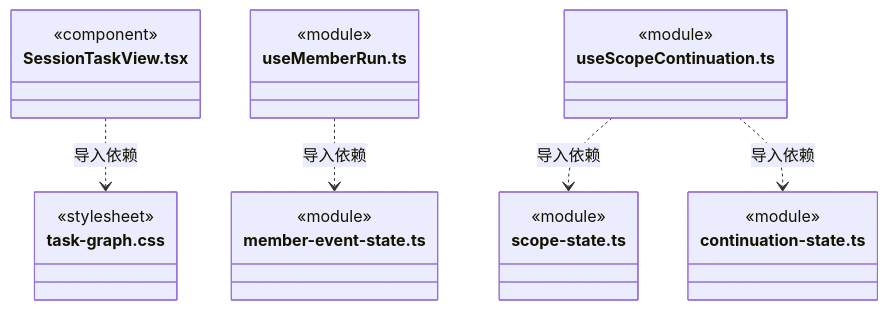
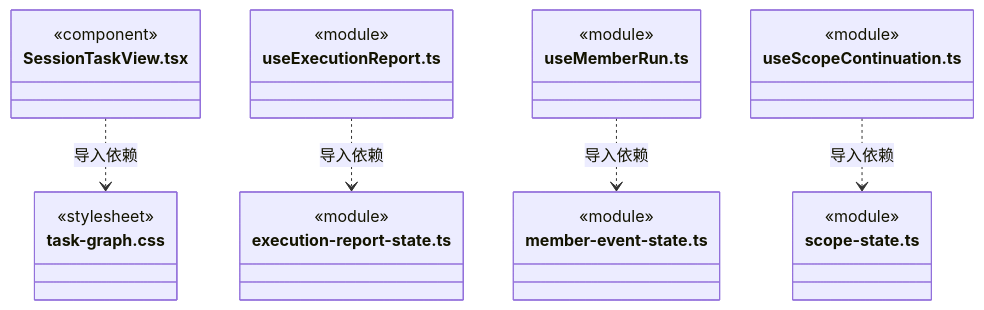
Before and after one commit to nan023062/cbim: diagram 43 of 45 in src/frontend/tasks/ARCHITECTURE.md, drawn with Mermaid. The commit also changed other lines of this file and 55 other files, not shown here.

````diff
--- a/src/frontend/tasks/ARCHITECTURE.md
+++ b/src/frontend/tasks/ARCHITECTURE.md
@@ -736,28 +867,31 @@
 ```mermaid
 classDiagram
 class N_src_frontend_tasks_SessionTaskView_tsx["SessionTaskView.tsx"] {
   <<component>>
 }
 class N_src_frontend_tasks_task_graph_css["task-graph.css"] {
   <<stylesheet>>
+}
+class N_src_frontend_tasks_useExecutionReport_ts["useExecutionReport.ts"] {
+  <<module>>
+}
+class N_src_frontend_tasks_execution_report_state_ts["execution-report-state.ts"] {
+  <<module>>
 }
 class N_src_frontend_tasks_useMemberRun_ts["useMemberRun.ts"] {
   <<module>>
 }
 class N_src_frontend_tasks_member_event_state_ts["member-event-state.ts"] {
   <<module>>
 }
 class N_src_frontend_tasks_useScopeContinuation_ts["useScopeContinuation.ts"] {
   <<module>>
 }
 class N_src_frontend_tasks_scope_state_ts["scope-state.ts"] {
   <<module>>
 }
-class N_src_frontend_tasks_continuation_state_ts["continuation-state.ts"] {
-  <<module>>
-}
 N_src_frontend_tasks_SessionTaskView_tsx ..> N_src_frontend_tasks_task_graph_css : 导入依赖
+N_src_frontend_tasks_useExecutionReport_ts ..> N_src_frontend_tasks_execution_report_state_ts : 导入依赖
 N_src_frontend_tasks_useMemberRun_ts ..> N_src_frontend_tasks_member_event_state_ts : 导入依赖
 N_src_frontend_tasks_useScopeContinuation_ts ..> N_src_frontend_tasks_scope_state_ts : 导入依赖
-N_src_frontend_tasks_useScopeContinuation_ts ..> N_src_frontend_tasks_continuation_state_ts : 导入依赖
 ```
````
